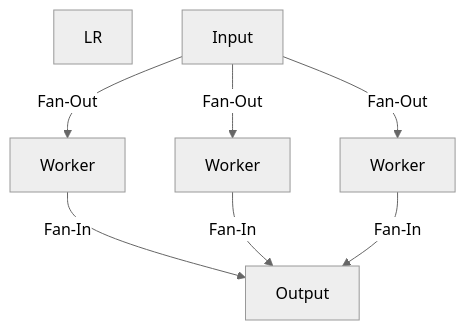
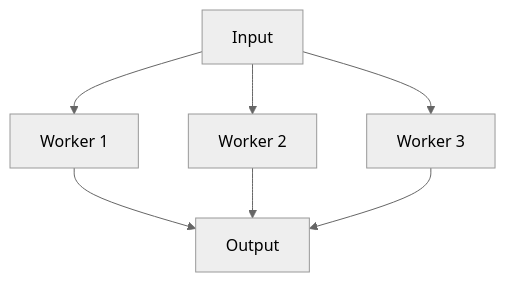
The diagram in RAK-04-core-mechanics/SR-02-architecture-patterns/BK-02-advanced-concurrency/CH-02_FanInOut/README.md (syahputrawork98-sketch/Golang-Knowledge-Base), drawn with Mermaid (neutral theme) before and after one commit. The commit also changed other lines of this file and 19 other files, not shown here.

Commit message:
add : SR-02-architecture-patterns

````diff
--- a/RAK-04-core-mechanics/SR-02-architecture-patterns/BK-02-advanced-concurrency/CH-02_FanInOut/README.md
+++ b/RAK-04-core-mechanics/SR-02-architecture-patterns/BK-02-advanced-concurrency/CH-02_FanInOut/README.md
@@ -27,10 +36,9 @@
 ```mermaid
 graph TD
-LR
-    In[Input] -->|Fan-Out| G1[Worker]
-    In -->|Fan-Out| G2[Worker]
-    In -->|Fan-Out| G3[Worker]
-    G1 -->|Fan-In| Out[Output]
-    G2 -->|Fan-In| Out
-    G3 -->|Fan-In| Out
+    In[Input] --> G1[Worker 1]
+    In --> G2[Worker 2]
+    In --> G3[Worker 3]
+    G1 --> Out[Output]
+    G2 --> Out
+    G3 --> Out
 ```
````
